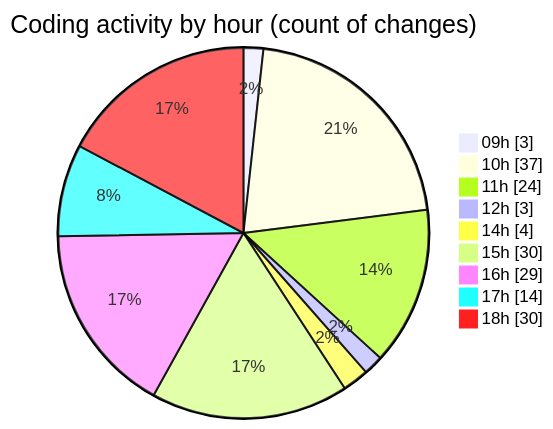
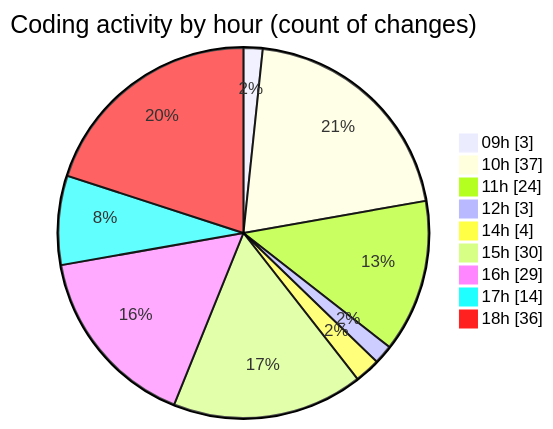
Before and after one commit to CELIANVF/code-tracking: the second of 2 diagrams in 2025-05-02/ecodeli/README.md, drawn with Mermaid. The commit also changed other lines of this file and 1 other file, not shown here.

````diff
--- a/2025-05-02/ecodeli/README.md
+++ b/2025-05-02/ecodeli/README.md
@@ -94,13 +94,13 @@
 ```mermaid
 pie showData
 title Coding activity by hour (count of changes)
 "09h" : 3
 "10h" : 37
 "11h" : 24
 "12h" : 3
 "14h" : 4
 "15h" : 30
 "16h" : 29
 "17h" : 14
-"18h" : 30
+"18h" : 36
 ```
````
